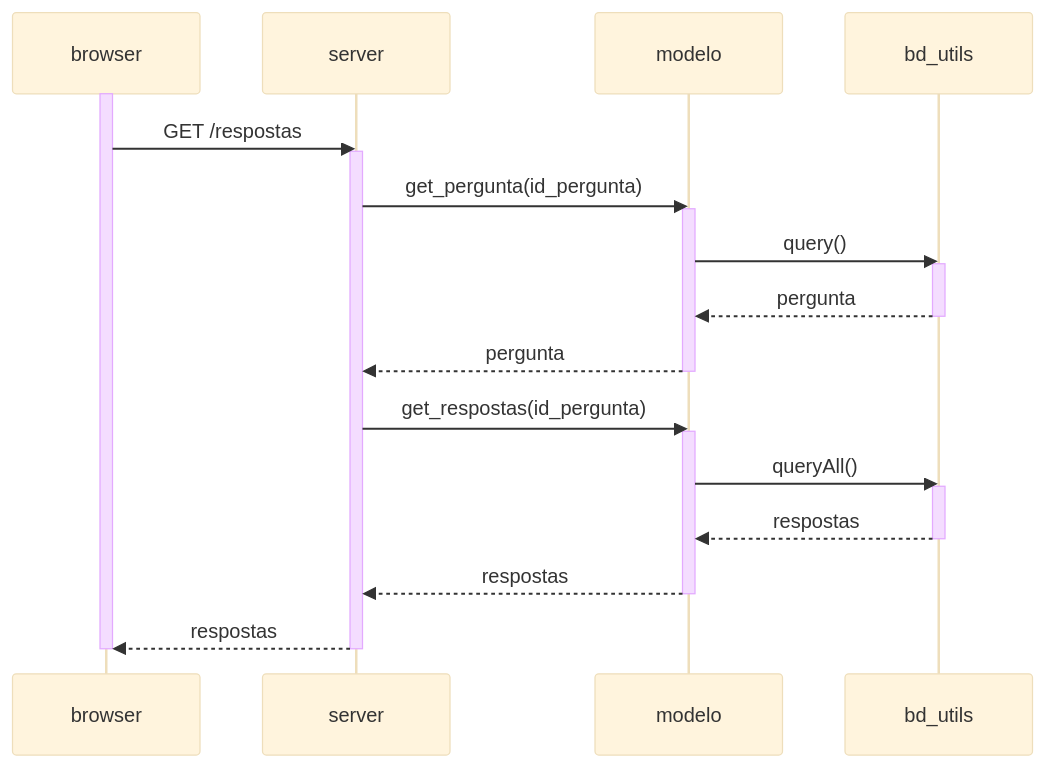
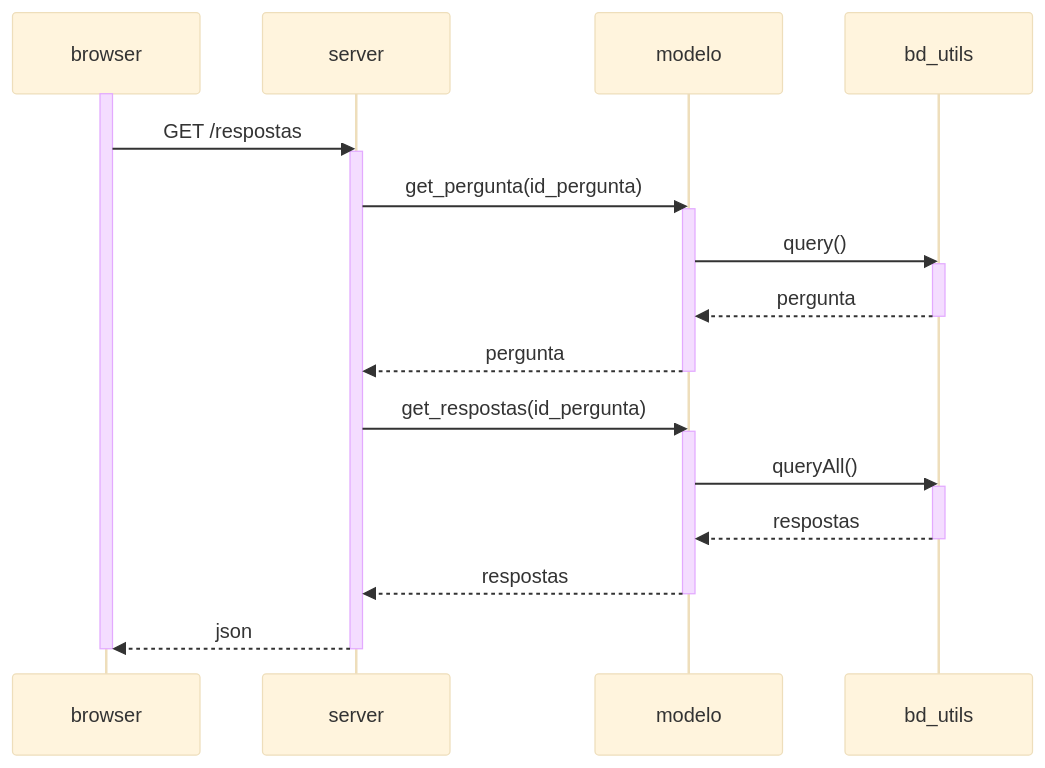
The third of 3 diagrams in docs/uml.md (mtov/esmforum), drawn with Mermaid (base theme) before and after one commit. The commit also changed other lines of this file, not shown here.

````diff
--- a/docs/uml.md
+++ b/docs/uml.md
@@ -57,25 +57,25 @@
 ```mermaid
     sequenceDiagram
         activate browser
 	browser->>server: GET /respostas
         activate server
         server->>modelo: get_pergunta(id_pergunta)
         activate modelo
         modelo->>bd_utils: query()
         activate bd_utils
         bd_utils-->>modelo: pergunta
         deactivate bd_utils
         modelo-->>server: pergunta
         deactivate modelo
 	server->>modelo: get_respostas(id_pergunta)
         activate modelo
         modelo->>bd_utils: queryAll()
         activate bd_utils
         bd_utils-->>modelo: respostas
         deactivate bd_utils
         modelo-->>server: respostas
         deactivate modelo
-	server-->>browser: respostas
+	server-->>browser: json
 	deactivate server
 	deactivate browser
 ```	
````
